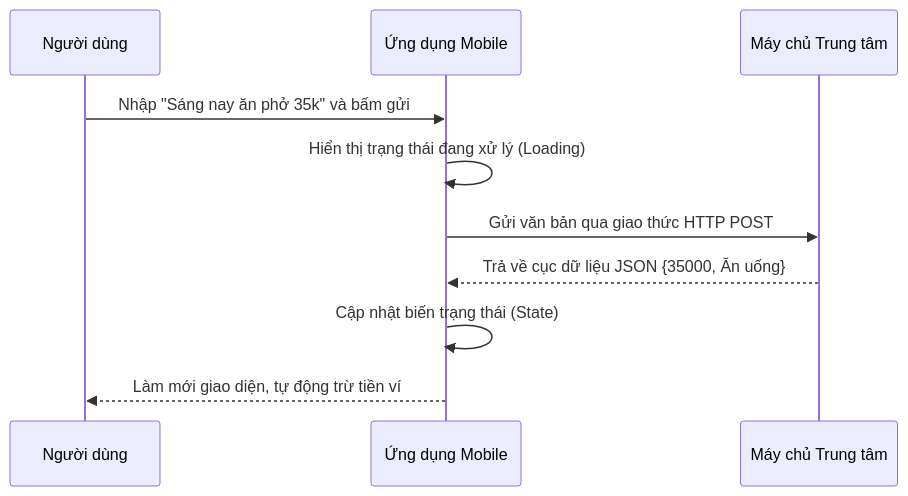
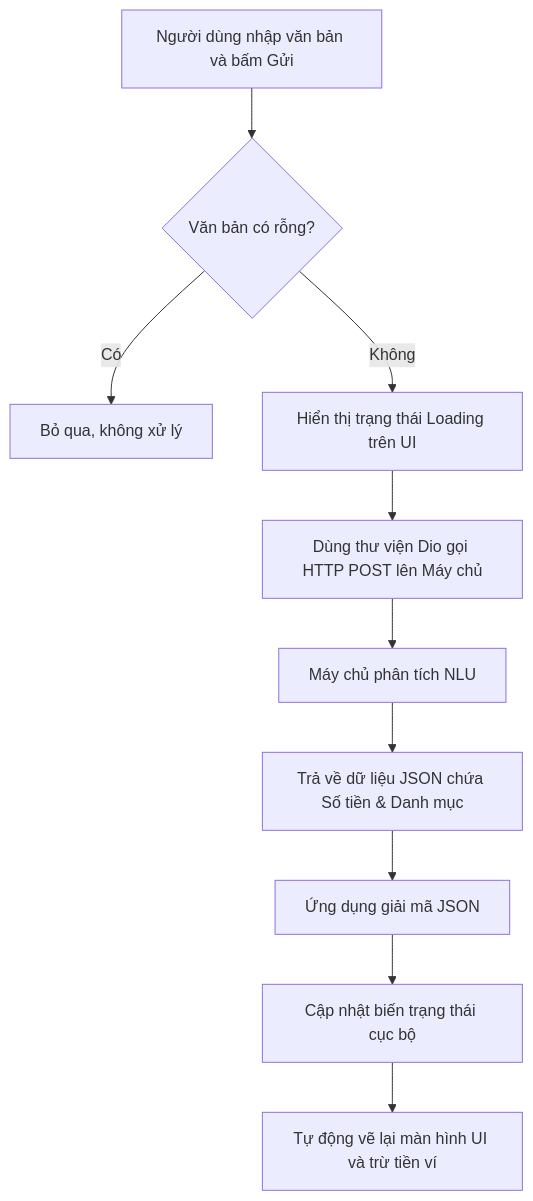
The third of 20 diagrams in Luan_van_Hoan_chinh.md (maikhang160504/spending-diary), drawn with Mermaid before and after one commit. The commit also changed other lines of this file and 44 other files, not shown here.

````diff
--- a/Luan_van_Hoan_chinh.md
+++ b/Luan_van_Hoan_chinh.md
@@ -443,13 +458,12 @@
 ```mermaid
-sequenceDiagram
-    participant User as Người dùng
-    participant App as Ứng dụng Mobile
-    participant API as Máy chủ Trung tâm
-    
-    User->>App: Nhập "Sáng nay ăn phở 35k" và bấm gửi
-    App->>App: Hiển thị trạng thái đang xử lý (Loading)
-    App->>API: Gửi văn bản qua giao thức HTTP POST
-    API-->>App: Trả về cục dữ liệu JSON {35000, Ăn uống}
-    App->>App: Cập nhật biến trạng thái (State)
-    App-->>User: Làm mới giao diện, tự động trừ tiền ví
+flowchart TD
+    A[Người dùng nhập văn bản và bấm Gửi] --> B{Văn bản có rỗng?}
+    B -- Có --> C[Bỏ qua, không xử lý]
+    B -- Không --> D[Hiển thị trạng thái Loading trên UI]
+    D --> E[Dùng thư viện Dio gọi HTTP POST lên Máy chủ]
+    E --> F[Máy chủ phân tích NLU]
+    F --> G[Trả về dữ liệu JSON chứa Số tiền & Danh mục]
+    G --> H[Ứng dụng giải mã JSON]
+    H --> I[Cập nhật biến trạng thái cục bộ]
+    I --> J[Tự động vẽ lại màn hình UI và trừ tiền ví]
 ```
````
